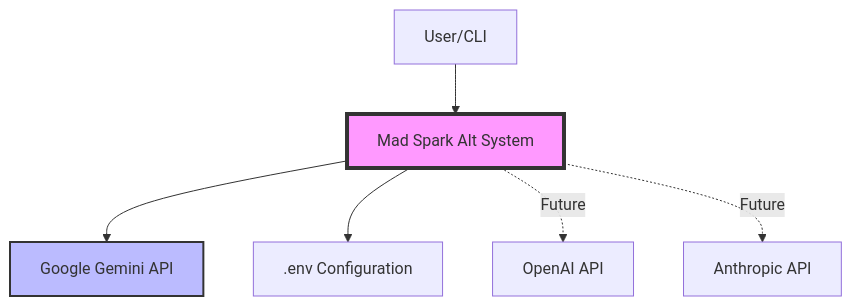
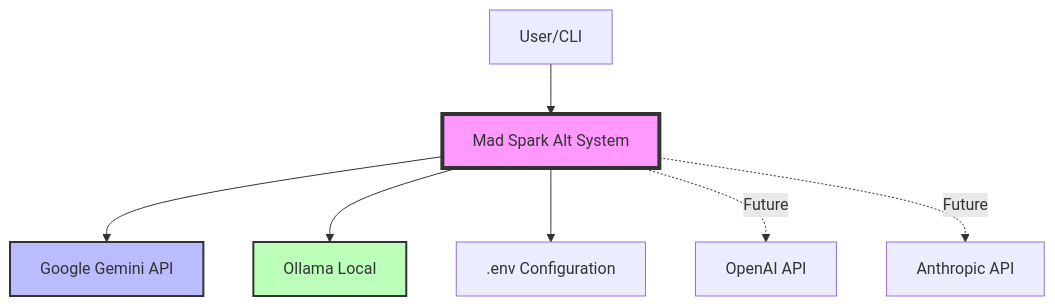
One commit to TheIllusionOfLife/mad_spark_alt changed the first of 6 diagrams in ARCHITECTURE.md. Above: the diagram before and after it, drawn with Mermaid. The commit also changed other lines of this file and 6 other files, not shown here.

First line of the commit message:
docs: sync architecture docs with current capabilities

````diff
--- a/ARCHITECTURE.md
+++ b/ARCHITECTURE.md
@@ -59,11 +59,13 @@
 ```mermaid
 graph TB
     User[User/CLI] --> MS[Mad Spark Alt System]
     MS --> Gemini[Google Gemini API]
+    MS --> Ollama[Ollama Local]
     MS --> Env[.env Configuration]
     MS -.->|Future| OpenAI[OpenAI API]
     MS -.->|Future| Anthropic[Anthropic API]
-    
+
     style MS fill:#f9f,stroke:#333,stroke-width:4px
     style Gemini fill:#bbf,stroke:#333,stroke-width:2px
+    style Ollama fill:#bfb,stroke:#333,stroke-width:2px
 ```
````
